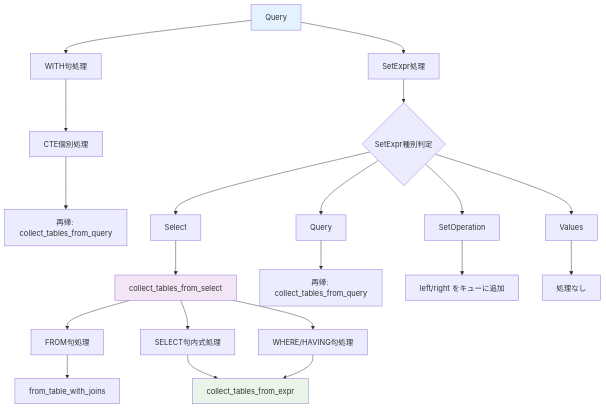
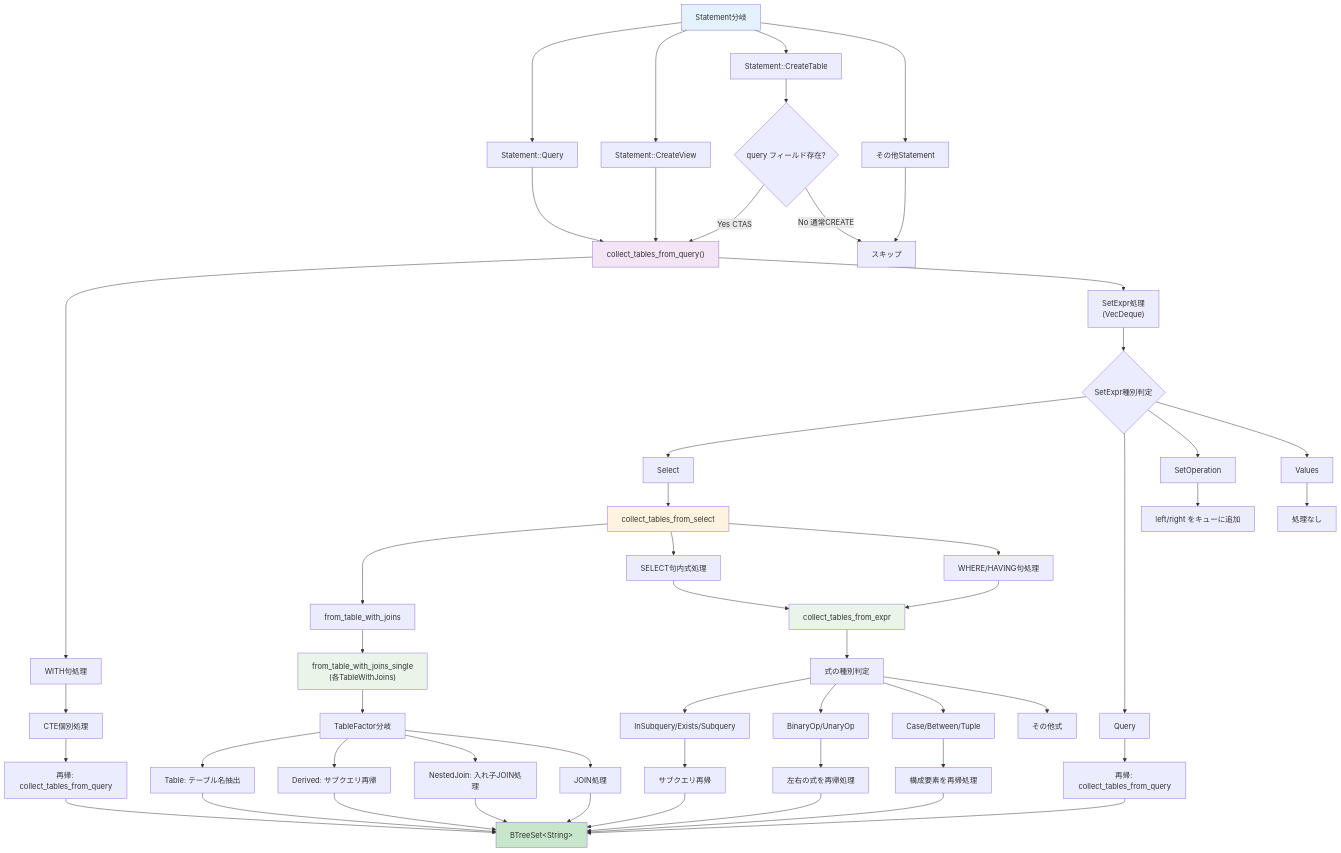
One commit to toms3776c/simple-sqlparser-rust changed the third of 3 diagrams in docs/architecture.md. Above: the diagram before and after it, drawn with Mermaid. The commit also changed other lines of this file and 2 other files, not shown here.

````diff
--- a/docs/architecture.md
+++ b/docs/architecture.md
@@ -244,31 +309,73 @@
 ```mermaid
 graph TD
-    A["Query"] --> B["WITH句処理"]
-    A --> C["SetExpr処理"]
+    A["Statement分岐"] --> B["Statement::Query"]
+    A --> C["Statement::CreateView"]
+    A --> D["Statement::CreateTable"]
+    A --> E["その他Statement"]
     
-    B --> D["CTE個別処理"]
-    D --> E["再帰: collect_tables_from_query"]
+    B --> F["collect_tables_from_query()"]
+    C --> F
+    D --> G{"query フィールド存在?"}
+    E --> H["スキップ"]
     
-    C --> F{"SetExpr種別判定"}
-    F --> G["Select"]
-    F --> H["Query"]
-    F --> I["SetOperation"]
-    F --> J["Values"]
+    G -->|Yes CTAS| F
+    G -->|No 通常CREATE| H
     
-    G --> K["collect_tables_from_select"]
-    H --> L["再帰: collect_tables_from_query"]
-    I --> M["left/right をキューに追加"]
-    J --> N["処理なし"]
+    F --> I["WITH句処理"]
+    F --> J["SetExpr処理<br/>(VecDeque)"]
     
-    K --> O["FROM句処理"]
-    K --> P["SELECT句内式処理"]
-    K --> Q["WHERE/HAVING句処理"]
+    I --> K["CTE個別処理"]
+    K --> L["再帰: collect_tables_from_query"]
     
-    O --> R["from_table_with_joins"]
-    P --> S["collect_tables_from_expr"]
-    Q --> S
+    J --> M{"SetExpr種別判定"}
+    M --> N["Select"]
+    M --> O["Query"]
+    M --> P["SetOperation"]
+    M --> Q["Values"]
+    
+    N --> R["collect_tables_from_select"]
+    O --> S["再帰: collect_tables_from_query"]
+    P --> T["left/right をキューに追加"]
+    Q --> U["処理なし"]
+    
+    R --> V["from_table_with_joins"]
+    R --> W["SELECT句内式処理"]
+    R --> X["WHERE/HAVING句処理"]
+    
+    V --> Y["from_table_with_joins_single<br/>(各TableWithJoins)"]
+    W --> Z["collect_tables_from_expr"]
+    X --> Z
+    
+    Y --> AA["TableFactor分岐"]
+    AA --> BB["Table: テーブル名抽出"]
+    AA --> CC["Derived: サブクエリ再帰"]
+    AA --> DD["NestedJoin: 入れ子JOIN処理"]
+    AA --> EE["JOIN処理"]
+    
+    Z --> FF["式の種別判定"]
+    FF --> GG["InSubquery/Exists/Subquery"]
+    FF --> HH["BinaryOp/UnaryOp"]
+    FF --> II["Case/Between/Tuple"]
+    FF --> JJ["その他式"]
+    
+    GG --> KK["サブクエリ再帰"]
+    HH --> LL["左右の式を再帰処理"]
+    II --> MM["構成要素を再帰処理"]
+    
+    BB --> NN["BTreeSet&lt;String&gt;"]
+    CC --> NN
+    DD --> NN
+    EE --> NN
+    KK --> NN
+    LL --> NN
+    MM --> NN
+    L --> NN
+    S --> NN
     
     style A fill:#e3f2fd
-    style K fill:#f3e5f5
-    style S fill:#e8f5e8
+    style F fill:#f3e5f5
+    style R fill:#fff3e0
+    style Y fill:#e8f5e8
+    style Z fill:#e8f5e8
+    style NN fill:#c8e6c9
 ```
````
